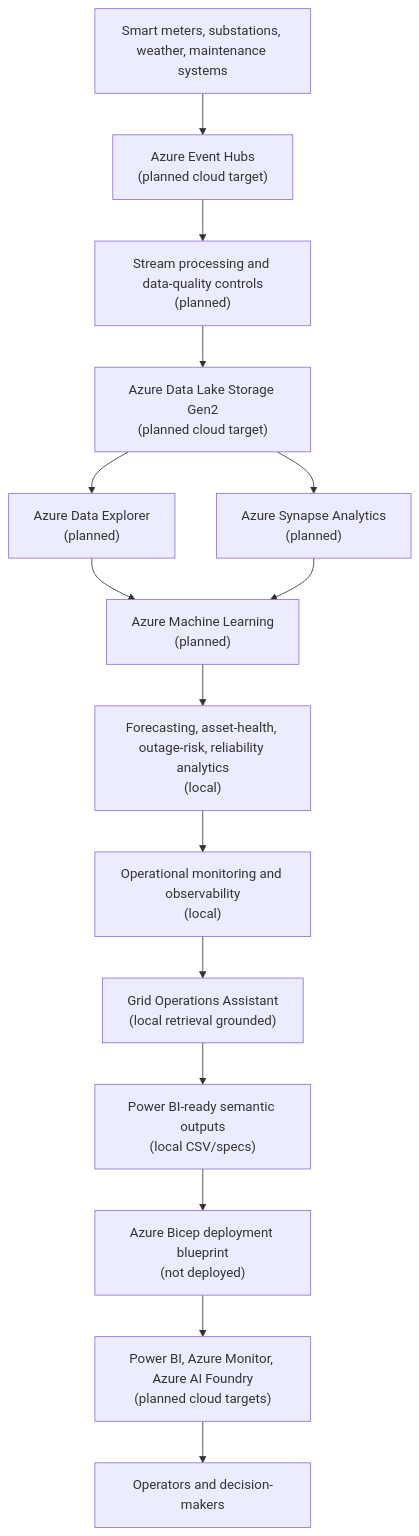
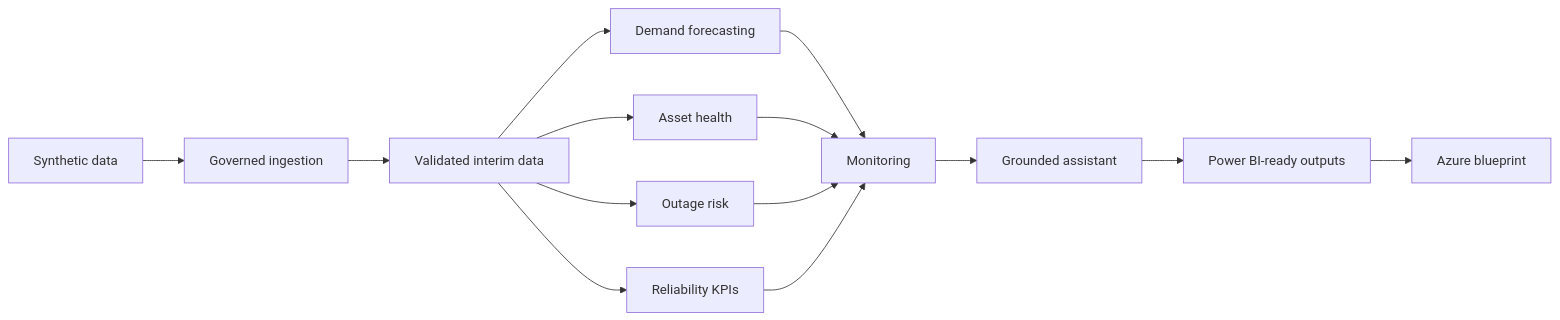
One commit to Ibraheemolasupogit/azure-grid-reliability-intelligence-platform changed the diagram in README.md. Above: the diagram before and after it, drawn with Mermaid. The commit also changed other lines of this file and 38 other files, not shown here.

````diff
--- a/README.md
+++ b/README.md
@@ -28,24 +17,16 @@
 ```mermaid
-flowchart TD
-    sources["Smart meters, substations, weather, maintenance systems"]
-    event_hubs["Azure Event Hubs<br/>(planned cloud target)"]
-    stream["Stream processing and data-quality controls<br/>(planned)"]
-    lake["Azure Data Lake Storage Gen2<br/>(planned cloud target)"]
-    adx["Azure Data Explorer<br/>(planned)"]
-    synapse["Azure Synapse Analytics<br/>(planned)"]
-    aml["Azure Machine Learning<br/>(planned)"]
-    intelligence["Forecasting, asset-health, outage-risk, reliability analytics<br/>(local)"]
-    monitoring["Operational monitoring and observability<br/>(local)"]
-    assistant["Grid Operations Assistant<br/>(local retrieval grounded)"]
-    reporting["Power BI-ready semantic outputs<br/>(local CSV/specs)"]
-    blueprint["Azure Bicep deployment blueprint<br/>(not deployed)"]
-    operations["Power BI, Azure Monitor, Azure AI Foundry<br/>(planned cloud targets)"]
-    users["Operators and decision-makers"]
-
-    sources --> event_hubs --> stream --> lake
-    lake --> adx
-    lake --> synapse
-    adx --> aml
-    synapse --> aml
-    aml --> intelligence --> monitoring --> assistant --> reporting --> blueprint --> operations --> users
+flowchart LR
+    synthetic["Synthetic data"] --> ingestion["Governed ingestion"]
+    ingestion --> interim["Validated interim data"]
+    interim --> forecasting["Demand forecasting"]
+    interim --> assets["Asset health"]
+    interim --> outages["Outage risk"]
+    interim --> reliability["Reliability KPIs"]
+    forecasting --> monitoring["Monitoring"]
+    assets --> monitoring
+    outages --> monitoring
+    reliability --> monitoring
+    monitoring --> assistant["Grounded assistant"]
+    assistant --> reporting["Power BI-ready outputs"]
+    reporting --> blueprint["Azure blueprint"]
 ```
````
